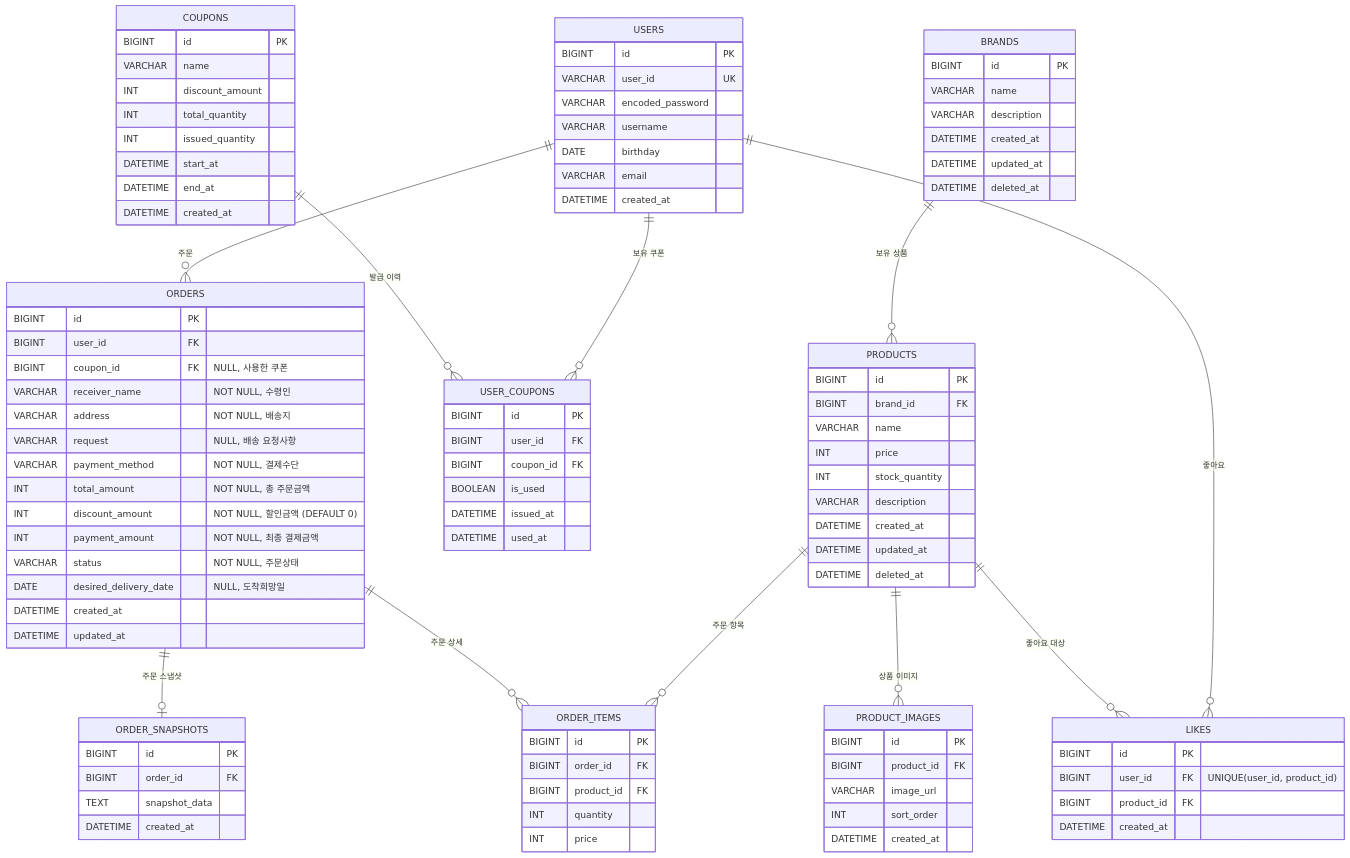
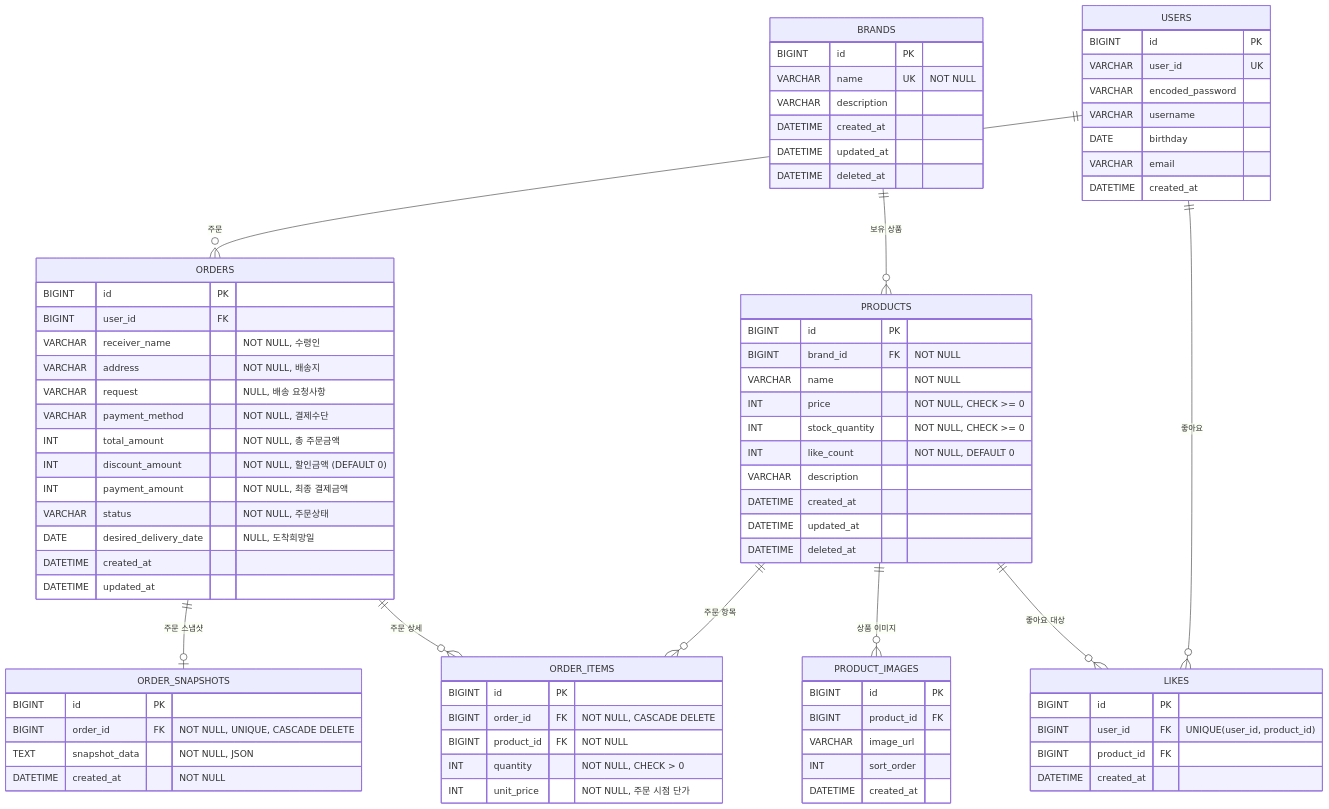
The third of 3 diagrams in .docs/design/04-erd.md (ukukdin/loop-pack-be-l2-vol3-java), drawn with Mermaid before and after one commit. The commit also changed other lines of this file and 1 other file, not shown here.

Commit message:
⏺ refactor: class-diagram 수정

````diff
--- a/.docs/design/04-erd.md
+++ b/.docs/design/04-erd.md
@@ -120,7 +144,6 @@
 ```mermaid
 erDiagram
     USERS ||--o{ ORDERS : "주문"
-    USERS ||--o{ USER_COUPONS : "보유 쿠폰"
     USERS ||--o{ LIKES : "좋아요"
 
     BRANDS ||--o{ PRODUCTS : "보유 상품"
@@ -131,8 +154,6 @@
 
     ORDERS ||--o{ ORDER_ITEMS : "주문 상세"
     ORDERS ||--o| ORDER_SNAPSHOTS : "주문 스냅샷"
-
-    COUPONS ||--o{ USER_COUPONS : "발급 이력"
 
     USERS {
         BIGINT id PK
@@ -146,7 +167,7 @@
 
     BRANDS {
         BIGINT id PK
-        VARCHAR name
+        VARCHAR name UK "NOT NULL"
         VARCHAR description
         DATETIME created_at
         DATETIME updated_at
@@ -155,10 +176,11 @@
 
     PRODUCTS {
         BIGINT id PK
-        BIGINT brand_id FK
-        VARCHAR name
-        INT price
-        INT stock_quantity
+        BIGINT brand_id FK "NOT NULL"
+        VARCHAR name "NOT NULL"
+        INT price "NOT NULL, CHECK >= 0"
+        INT stock_quantity "NOT NULL, CHECK >= 0"
+        INT like_count "NOT NULL, DEFAULT 0"
         VARCHAR description
         DATETIME created_at
         DATETIME updated_at
@@ -183,7 +205,6 @@
     ORDERS {
         BIGINT id PK
         BIGINT user_id FK
-        BIGINT coupon_id FK "NULL, 사용한 쿠폰"
         VARCHAR receiver_name "NOT NULL, 수령인"
         VARCHAR address "NOT NULL, 배송지"
         VARCHAR request "NULL, 배송 요청사항"
@@ -199,36 +220,16 @@
 
     ORDER_ITEMS {
         BIGINT id PK
-        BIGINT order_id FK
-        BIGINT product_id FK
-        INT quantity
-        INT price
+        BIGINT order_id FK "NOT NULL, CASCADE DELETE"
+        BIGINT product_id FK "NOT NULL"
+        INT quantity "NOT NULL, CHECK > 0"
+        INT unit_price "NOT NULL, 주문 시점 단가"
     }
 
     ORDER_SNAPSHOTS {
         BIGINT id PK
-        BIGINT order_id FK
-        TEXT snapshot_data
-        DATETIME created_at
-    }
-
-    COUPONS {
-        BIGINT id PK
-        VARCHAR name
-        INT discount_amount
-        INT total_quantity
-        INT issued_quantity
-        DATETIME start_at
-        DATETIME end_at
-        DATETIME created_at
-    }
-
-    USER_COUPONS {
-        BIGINT id PK
-        BIGINT user_id FK
-        BIGINT coupon_id FK
-        BOOLEAN is_used
-        DATETIME issued_at
-        DATETIME used_at
+        BIGINT order_id FK "NOT NULL, UNIQUE, CASCADE DELETE"
+        TEXT snapshot_data "NOT NULL, JSON"
+        DATETIME created_at "NOT NULL"
     }
 ```
````
